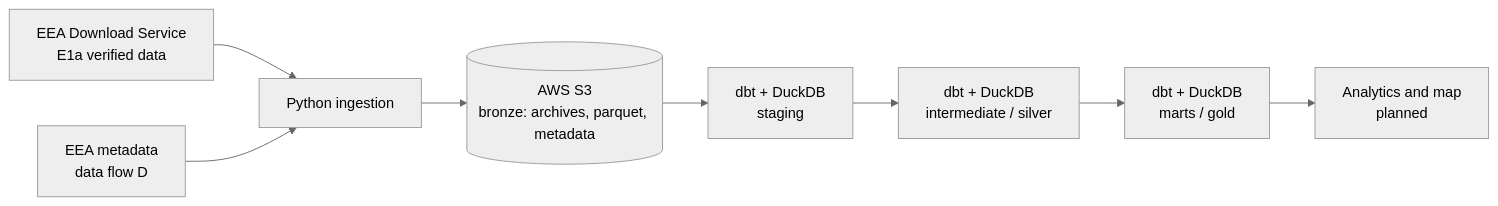
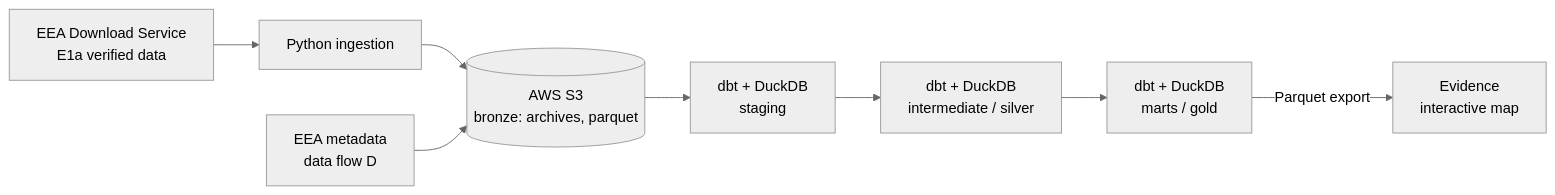
Before and after one commit to gwen-mp4/europe-air-quality: the diagram in README.md, drawn with Mermaid (neutral theme). The commit also changed other lines of this file, not shown here.

First line of the commit message:
Revise README with project updates and roadmap

````diff
--- a/README.md
+++ b/README.md
@@ -29,10 +31,10 @@
 ```mermaid
 flowchart LR
     A[EEA Download Service<br/>E1a verified data] --> B[Python ingestion]
-    M[EEA metadata<br/>data flow D] --> B
-    B --> C[(AWS S3<br/>bronze: archives, parquet, metadata)]
+    B --> C[(AWS S3<br/>bronze: archives, parquet)]
+    M[EEA metadata<br/>data flow D] --> C
     C --> D[dbt + DuckDB<br/>staging]
     D --> E[dbt + DuckDB<br/>intermediate / silver]
     E --> F[dbt + DuckDB<br/>marts / gold]
-    F --> G[Analytics and map<br/>planned]
+    F -->|Parquet export| G[Evidence<br/>interactive map]
 ```
````
